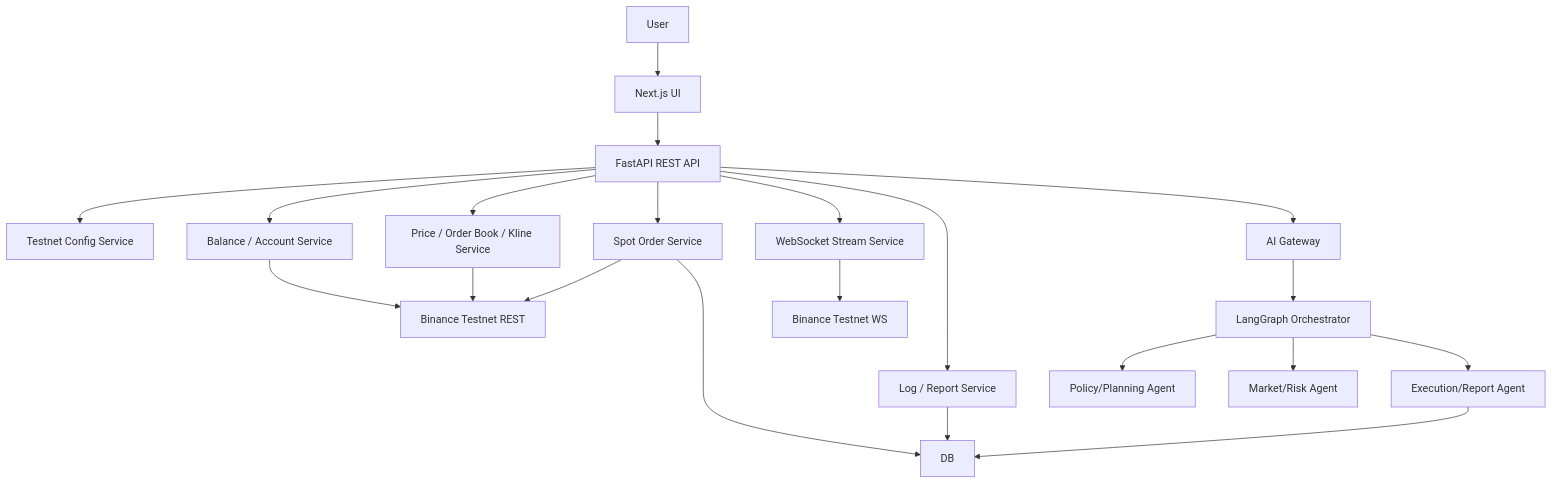
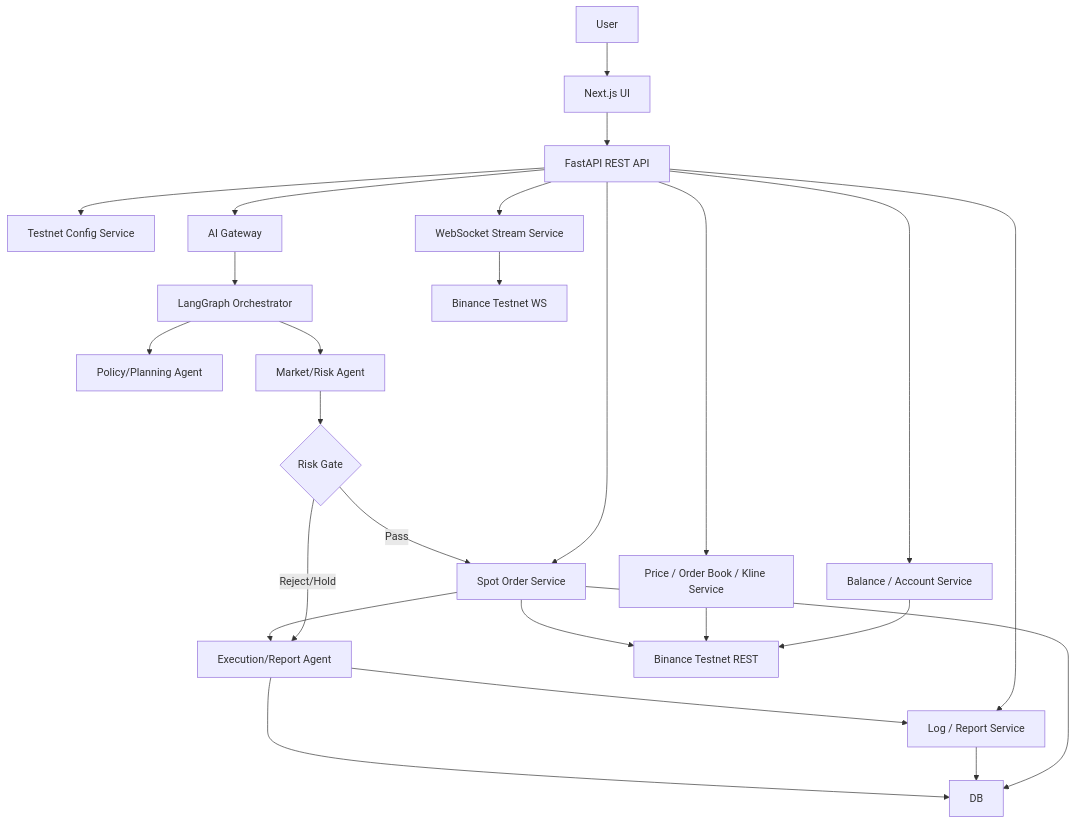
One commit to UpstageAI/sw-maestro-project changed the second of 4 diagrams in ARCHITECTURE.md. Above: the diagram before and after it, drawn with Mermaid. The commit also changed other lines of this file and 3 other files, not shown here.

````diff
--- a/ARCHITECTURE.md
+++ b/ARCHITECTURE.md
@@ -48,23 +50,27 @@
 ```mermaid
 flowchart TB
     USER[User] --> UI[Next.js UI]
     UI --> API[FastAPI REST API]
     API --> CONFIG[Testnet Config Service]
     API --> ACCOUNT[Balance / Account Service]
     API --> MARKET[Price / Order Book / Kline Service]
     API --> ORDER[Spot Order Service]
     API --> STREAM[WebSocket Stream Service]
     API --> LOG[Log / Report Service]
     API --> AIGW[AI Gateway]
     AIGW --> ORCH[LangGraph Orchestrator]
     ORCH --> P[Policy/Planning Agent]
     ORCH --> R[Market/Risk Agent]
-    ORCH --> E[Execution/Report Agent]
+    R --> G{Risk Gate}
+    G -->|Pass| ORDER
+    G -->|Reject/Hold| E[Execution/Report Agent]
+    ORDER --> E[Execution/Report Agent]
+    E --> LOG
     ACCOUNT --> BREST[Binance Testnet REST]
     MARKET --> BREST
     ORDER --> BREST
     STREAM --> BWS[Binance Testnet WS]
     ORDER --> DB
     LOG --> DB
     E --> DB
 ```
````
